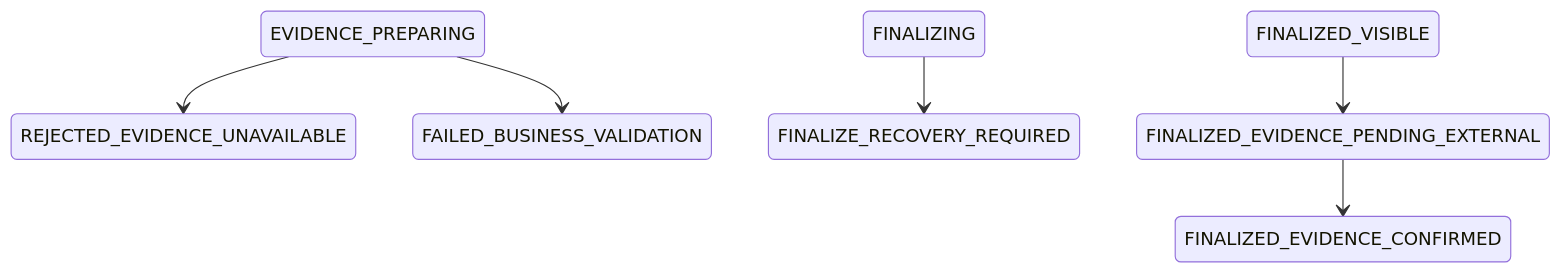
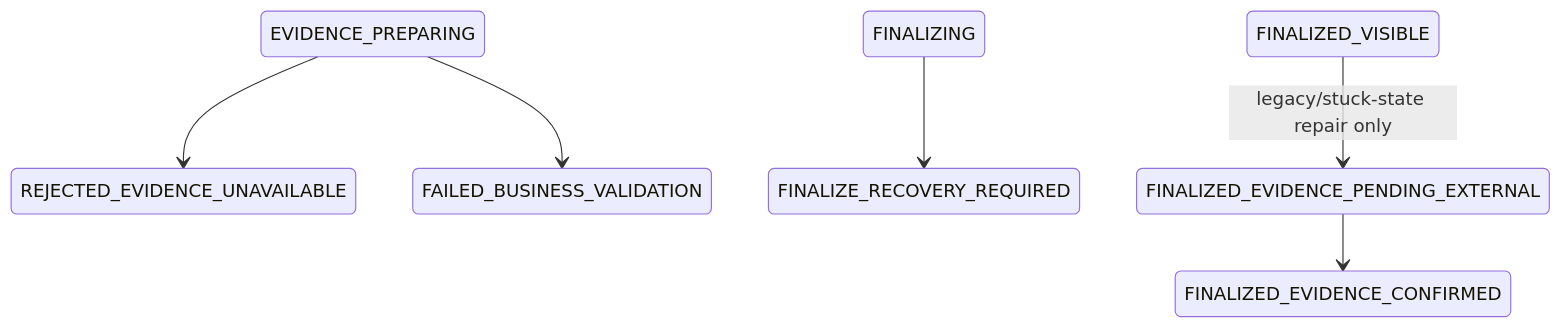
One commit to MiloszPodsiadly/fraud-detection-platform changed the third of 3 diagrams in docs/adr/FDP-29-evidence-gated-finalize.md. Above: the diagram before and after it, drawn with Mermaid. The commit also changed other lines of this file and 11 other files, not shown here.

````diff
--- a/docs/adr/FDP-29-evidence-gated-finalize.md
+++ b/docs/adr/FDP-29-evidence-gated-finalize.md
@@ -51,8 +50,8 @@
 ```mermaid
 stateDiagram-v2
     EVIDENCE_PREPARING --> REJECTED_EVIDENCE_UNAVAILABLE
     EVIDENCE_PREPARING --> FAILED_BUSINESS_VALIDATION
     FINALIZING --> FINALIZE_RECOVERY_REQUIRED
-    FINALIZED_VISIBLE --> FINALIZED_EVIDENCE_PENDING_EXTERNAL
+    FINALIZED_VISIBLE --> FINALIZED_EVIDENCE_PENDING_EXTERNAL: legacy/stuck-state repair only
     FINALIZED_EVIDENCE_PENDING_EXTERNAL --> FINALIZED_EVIDENCE_CONFIRMED
 ```
````
